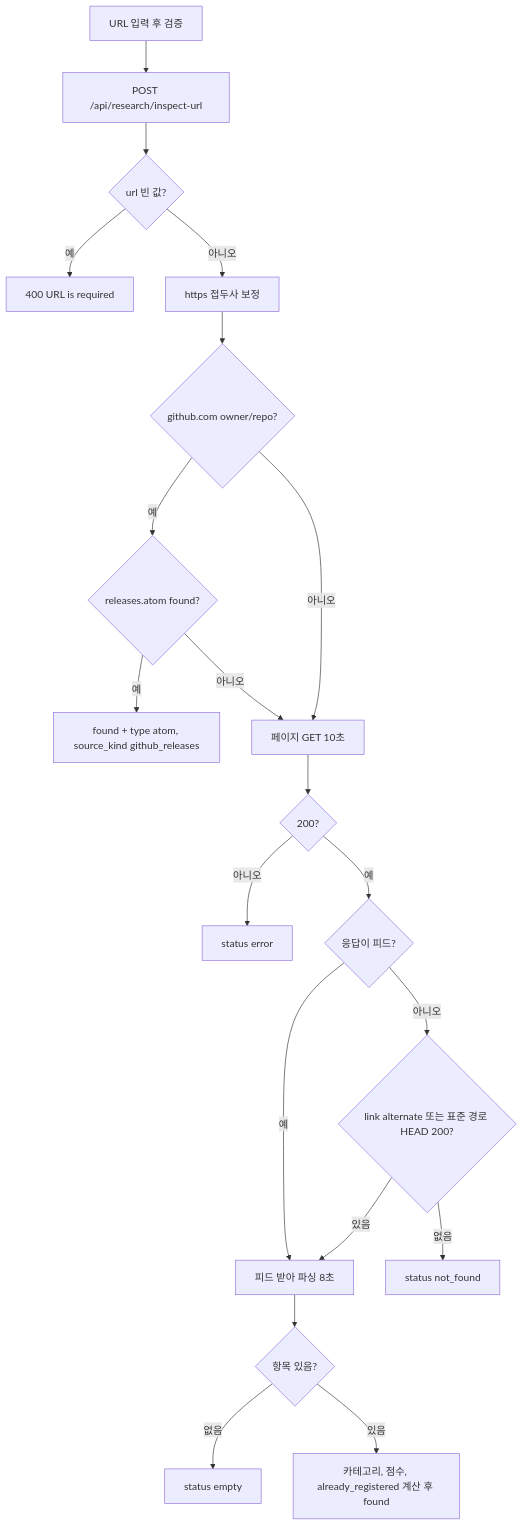
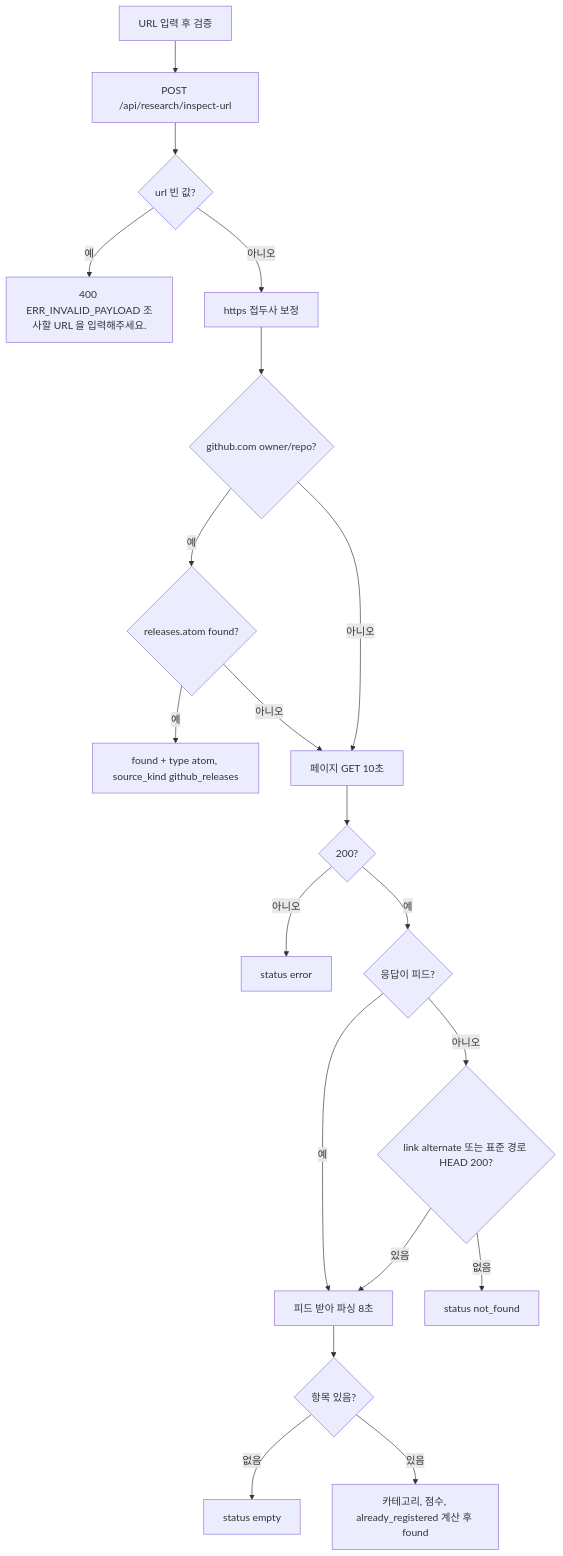
One commit to ozplayground/agent-lens changed the eighth of 14 diagrams in docs/spec-writer/fsd/05_SOURCES_AND_RESEARCH_SPECIFICATION.md. Above: the diagram before and after it, drawn with Mermaid. The commit also changed other lines of this file and 216 other files, not shown here.

````diff
--- a/docs/spec-writer/fsd/05_SOURCES_AND_RESEARCH_SPECIFICATION.md
+++ b/docs/spec-writer/fsd/05_SOURCES_AND_RESEARCH_SPECIFICATION.md
@@ -570,22 +577,22 @@
 ```mermaid
 flowchart TD
     A["URL 입력 후 검증"] --> B["POST /api/research/inspect-url"]
     B --> C{"url 빈 값?"}
-    C -->|예| D["400 URL is required"]
+    C -->|예| D["400 ERR_INVALID_PAYLOAD 조사할 URL 을 입력해주세요."]
     C -->|아니오| E["https 접두사 보정"]
     E --> F{"github.com owner/repo?"}
     F -->|예| G{"releases.atom found?"}
     G -->|예| H["found + type atom, source_kind github_releases"]
     G -->|아니오| I["페이지 GET 10초"]
     F -->|아니오| I
     I --> J{"200?"}
     J -->|아니오| K["status error"]
     J -->|예| L{"응답이 피드?"}
     L -->|예| M["피드 받아 파싱 8초"]
     L -->|아니오| N{"link alternate 또는 표준 경로 HEAD 200?"}
     N -->|없음| O["status not_found"]
     N -->|있음| M
     M --> P{"항목 있음?"}
     P -->|없음| Q["status empty"]
     P -->|있음| R["카테고리, 점수, already_registered 계산 후 found"]
 ```
````
